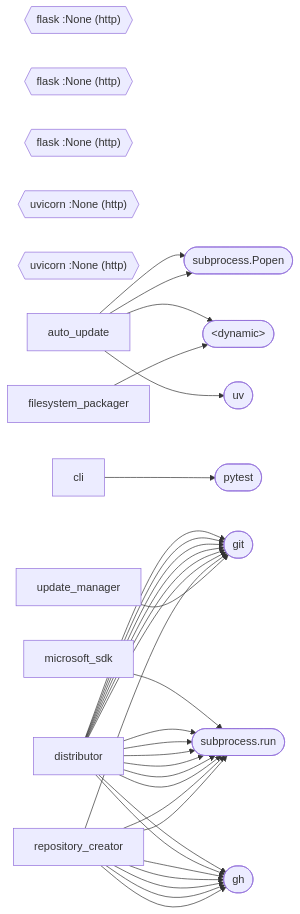
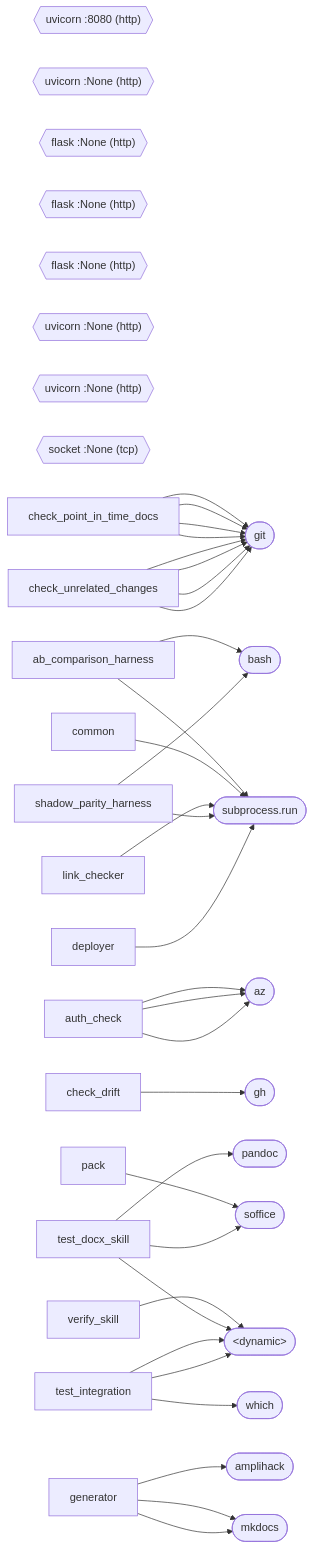
The diagram in docs/atlas/runtime-topology/index.md (rysweet/amplihack), drawn with Mermaid before and after one commit. The commit also changed other lines of this file and 27 other files, not shown here.

````diff
--- a/docs/atlas/runtime-topology/index.md
+++ b/docs/atlas/runtime-topology/index.md
@@ -19,52 +19,66 @@
     ```mermaid
     graph LR
-        S0(["subprocess.run"])
-        S1(["uv"])
-        S2(["subprocess.Popen"])
-        S3(["&lt;dynamic&gt;"])
-        S4(["pytest"])
-        S5(["gh"])
-        S6(["git"])
-        B0{{"flask :None (http)"}}
-        B1{{"flask :None (http)"}}
+        S0(["git"])
+        S1(["bash"])
+        S2(["subprocess.run"])
+        S3(["az"])
+        S4(["gh"])
+        S5(["soffice"])
+        S6(["&lt;dynamic&gt;"])
+        S7(["mkdocs"])
+        S8(["amplihack"])
+        S9(["pandoc"])
+        S10(["which"])
+        B0{{"uvicorn :8080 (http)"}}
+        B1{{"uvicorn :None (http)"}}
         B2{{"flask :None (http)"}}
-        B3{{"uvicorn :None (http)"}}
-        B4{{"uvicorn :None (http)"}}
-        FN0["microsoft_sdk"]
+        B3{{"flask :None (http)"}}
+        B4{{"flask :None (http)"}}
+        B5{{"uvicorn :None (http)"}}
+        B6{{"uvicorn :None (http)"}}
+        B7{{"socket :None (tcp)"}}
+        FN0["check_point_in_time_docs"]
         FN0 --> S0
-        FN1["auto_update"]
-        FN1 --> S1
-        FN1 --> S2
-        FN1 --> S3
-        FN1 --> S2
-        FN2["cli"]
-        FN2 --> S4
-        FN3["distributor"]
-        FN3 --> S5
-        FN3 --> S0
-        FN3 --> S0
-        FN3 --> S5
-        FN3 --> S0
-        FN3 --> S6
-        FN3 --> S6
-        FN3 --> S6
-        FN3 --> S6
-        FN3 --> S0
-        FN3 --> S0
-        FN3 --> S0
-        FN3 --> S6
-        FN3 --> S6
-        FN4["filesystem_packager"]
-        FN4 --> S3
-        FN5["repository_creator"]
-        FN5 --> S5
-        FN5 --> S5
-        FN5 --> S0
-        FN5 --> S0
-        FN5 --> S5
-        FN5 --> S5
-        FN5 --> S6
-        FN5 --> S5
-        FN6["update_manager"]
-        FN6 --> S6
+        FN0 --> S0
+        FN0 --> S0
+        FN0 --> S0
+        FN1["check_unrelated_changes"]
+        FN1 --> S0
+        FN1 --> S0
+        FN1 --> S0
+        FN1 --> S0
+        FN2["ab_comparison_harness"]
+        FN2 --> S1
+        FN2 --> S2
+        FN3["auth_check"]
+        FN3 --> S3
+        FN3 --> S3
+        FN3 --> S3
+        FN4["common"]
+        FN4 --> S2
+        FN5["link_checker"]
+        FN5 --> S2
+        FN6["shadow_parity_harness"]
+        FN6 --> S1
+        FN6 --> S2
+        FN7["check_drift"]
+        FN7 --> S4
+        FN8["pack"]
+        FN8 --> S5
+        FN9["verify_skill"]
+        FN9 --> S6
+        FN10["deployer"]
+        FN10 --> S2
+        FN11["generator"]
+        FN11 --> S7
+        FN11 --> S7
+        FN11 --> S8
+        FN12["test_docx_skill"]
+        FN12 --> S5
+        FN12 --> S6
+        FN12 --> S9
+        FN13["test_integration"]
+        FN13 --> S10
+        FN13 --> S6
+        FN13 --> S6
     ```
````
